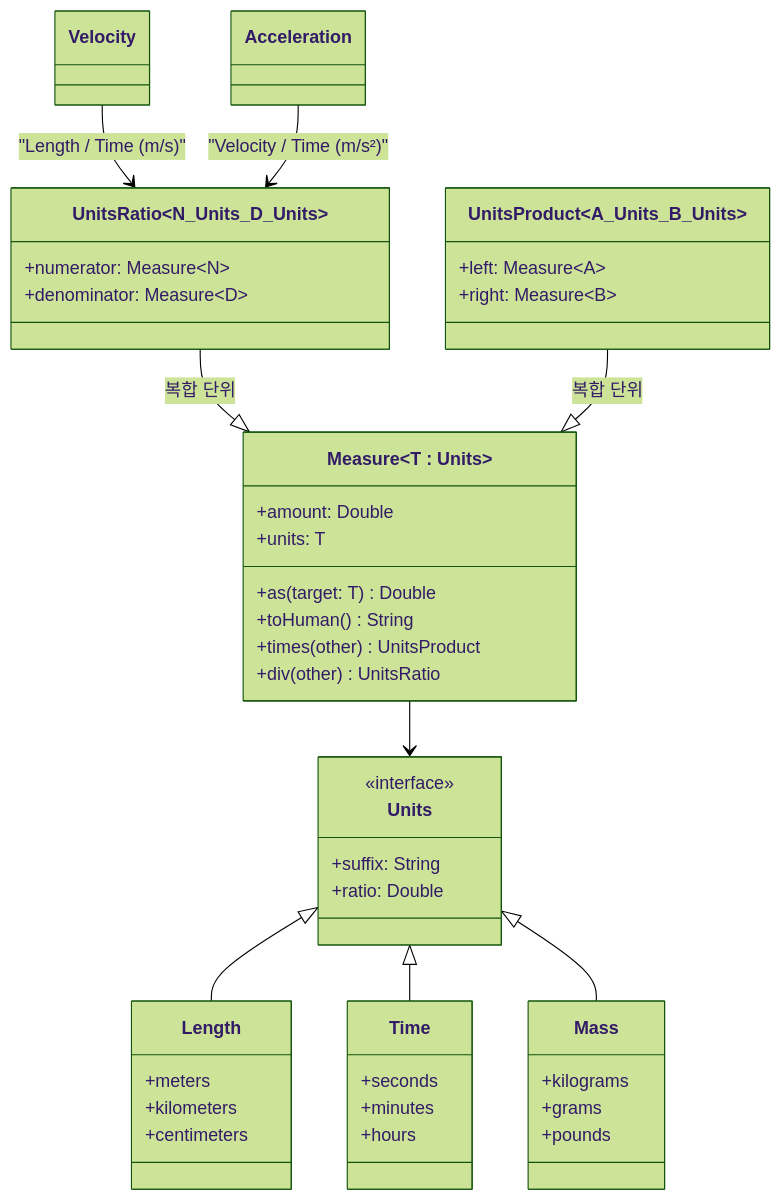
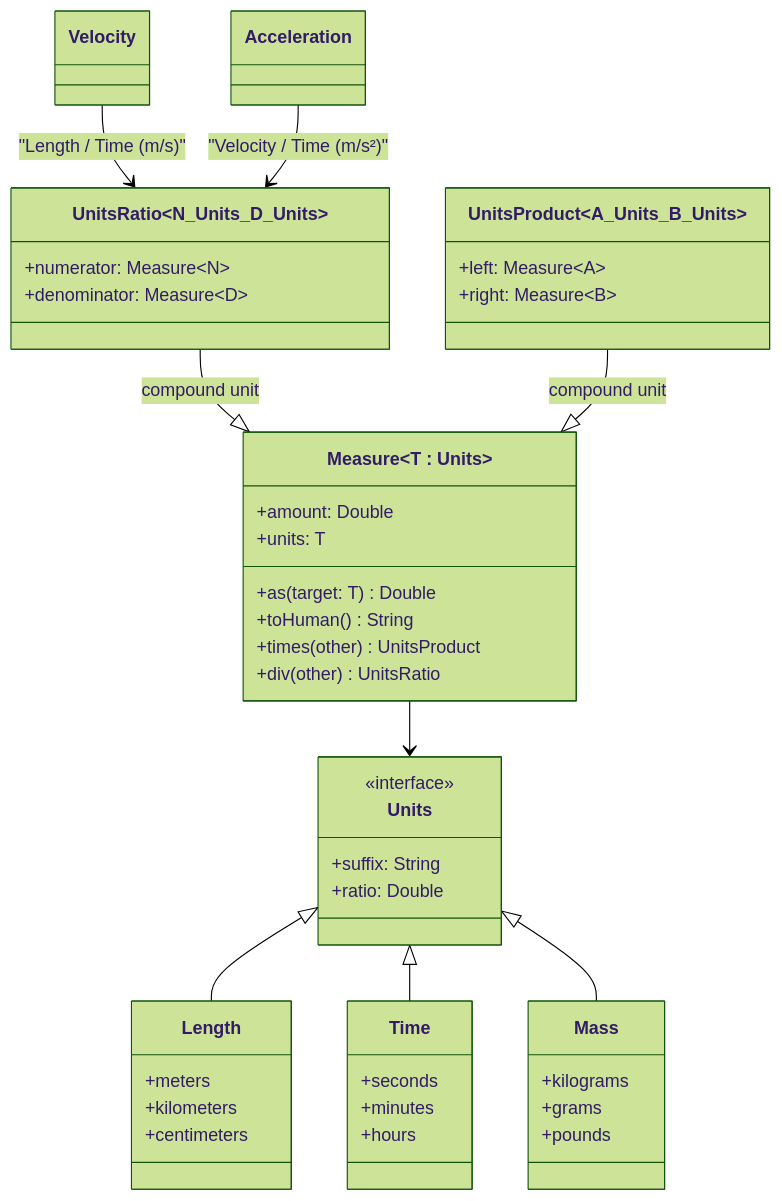
One commit to bluetape4k/bluetape4k-projects changed the first of 2 diagrams in utils/measured/README.md. Above: the diagram before and after it, drawn with Mermaid (forest theme). The commit also changed other lines of this file and 265 other files, not shown here.

````diff
--- a/utils/measured/README.md
+++ b/utils/measured/README.md
@@ -52,59 +53,59 @@
 ```mermaid
 classDiagram
     class Units {
         <<interface>>
         +suffix: String
         +ratio: Double
     }
 
     class Measure~T : Units~ {
         +amount: Double
         +units: T
         +as(target: T) Double
         +toHuman() String
         +times(other) UnitsProduct
         +div(other) UnitsRatio
     }
 
     class UnitsProduct~A_Units_B_Units~ {
         +left: Measure~A~
         +right: Measure~B~
     }
 
     class UnitsRatio~N_Units_D_Units~ {
         +numerator: Measure~N~
         +denominator: Measure~D~
     }
 
     class Length {
         +meters
         +kilometers
         +centimeters
     }
 
     class Time {
         +seconds
         +minutes
         +hours
     }
 
     class Mass {
         +kilograms
         +grams
         +pounds
     }
 
     class Velocity
     class Acceleration
 
     Units <|-- Length
     Units <|-- Time
     Units <|-- Mass
     Measure --> Units
-    UnitsRatio --|> Measure : 복합 단위
-    UnitsProduct --|> Measure : 복합 단위
+    UnitsRatio --|> Measure : compound unit
+    UnitsProduct --|> Measure : compound unit
     Velocity --> UnitsRatio : "Length / Time (m/s)"
     Acceleration --> UnitsRatio : "Velocity / Time (m/s²)"
 
 
 ```
````
